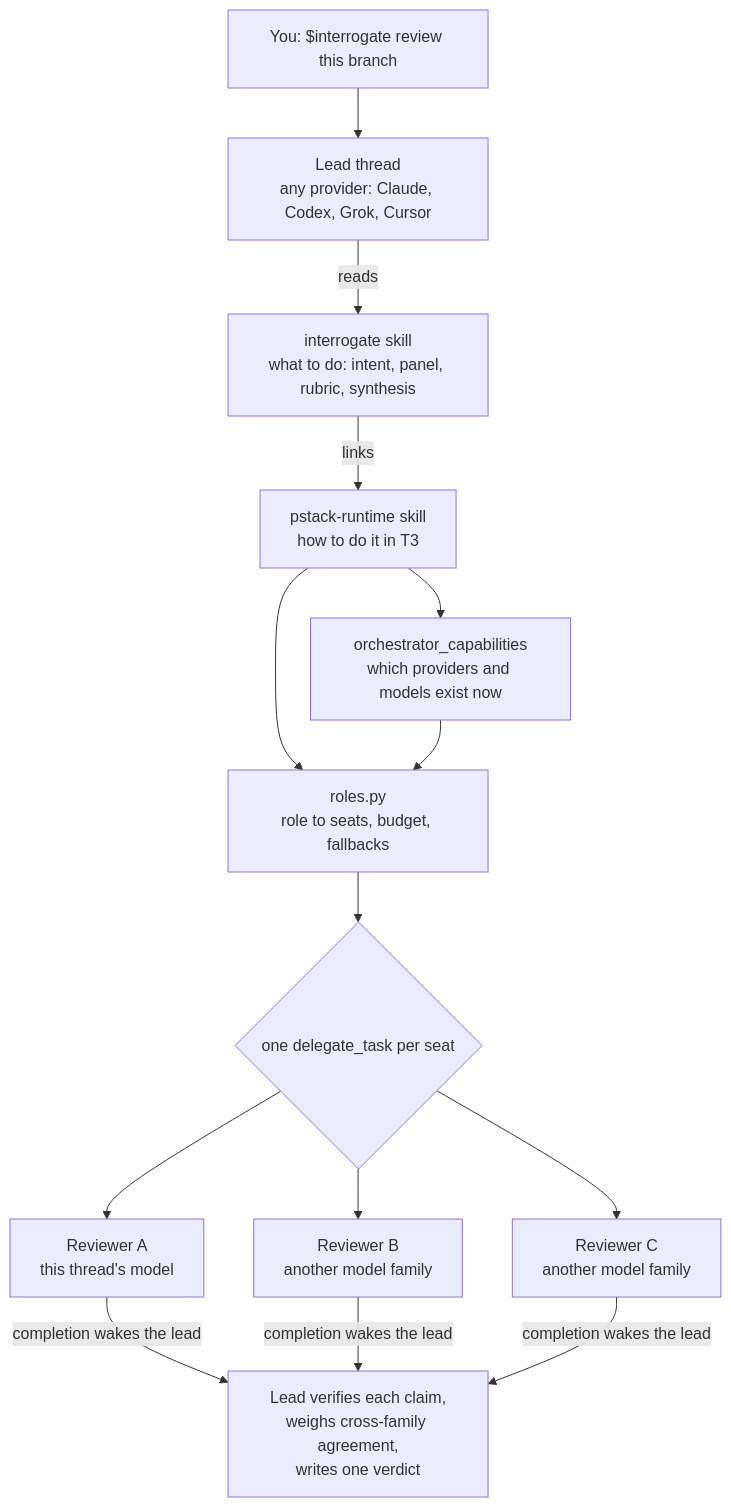
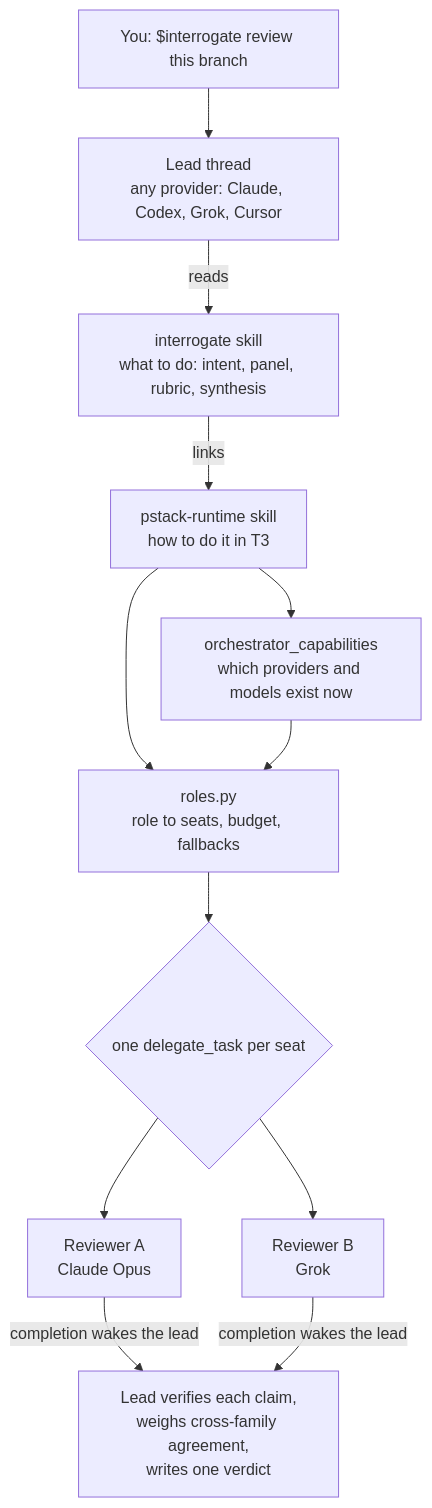
The first of 2 diagrams in docs/how-it-works.md (bigx333/pstack-t3), drawn with Mermaid before and after one commit. The commit also changed other lines of this file and 13 other files, not shown here.

First line of the commit message:
docs: state the Opus and Grok defaults and the max cap everywhere (#37)

````diff
--- a/docs/how-it-works.md
+++ b/docs/how-it-works.md
@@ -5,14 +5,13 @@
 ```mermaid
 flowchart TD
     you["You: $interrogate review this branch"] --> lead["Lead thread<br/>any provider: Claude, Codex, Grok, Cursor"]
     lead -->|reads| skill["interrogate skill<br/>what to do: intent, panel, rubric, synthesis"]
     skill -->|links| runtime["pstack-runtime skill<br/>how to do it in T3"]
     runtime --> caps["orchestrator_capabilities<br/>which providers and models exist now"]
     runtime --> roles["roles.py<br/>role to seats, budget, fallbacks"]
     caps --> roles
     roles --> fan{"one delegate_task per seat"}
-    fan --> a["Reviewer A<br/>this thread's model"]
-    fan --> b["Reviewer B<br/>another model family"]
-    fan --> c["Reviewer C<br/>another model family"]
-    a & b & c -->|completion wakes the lead| synth["Lead verifies each claim,<br/>weighs cross-family agreement,<br/>writes one verdict"]
+    fan --> a["Reviewer A<br/>Claude Opus"]
+    fan --> b["Reviewer B<br/>Grok"]
+    a & b -->|completion wakes the lead| synth["Lead verifies each claim,<br/>weighs cross-family agreement,<br/>writes one verdict"]
 ```
````
